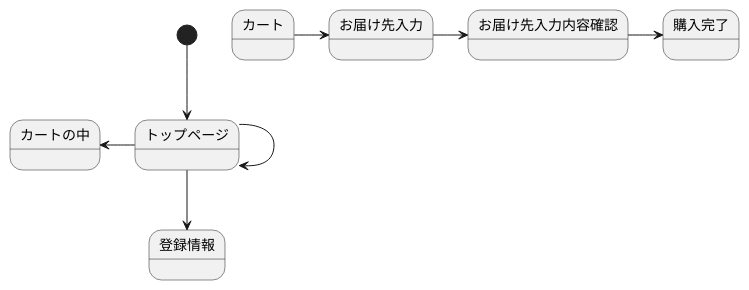
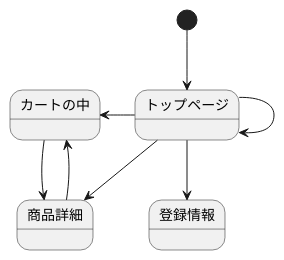
The first of 3 diagrams in stm01.md (Aso2001374/2021sys-design), drawn with PlantUML before and after one commit.

````diff
--- a/stm01.md
+++ b/stm01.md
@@ -1,11 +1,11 @@
 ```uml
 @startuml
 [*] --> トップページ
 トップページ-> トップページ 
 トップページ-left-> カートの中
 トップページ--> 登録情報
-カート -> お届け先入力
-お届け先入力 -> お届け先入力内容確認
-お届け先入力内容確認 -> 購入完了
+トップページ--> 商品詳細
+商品詳細--> カートの中
+カートの中 --> 商品詳細
 @enduml
 ```
````
